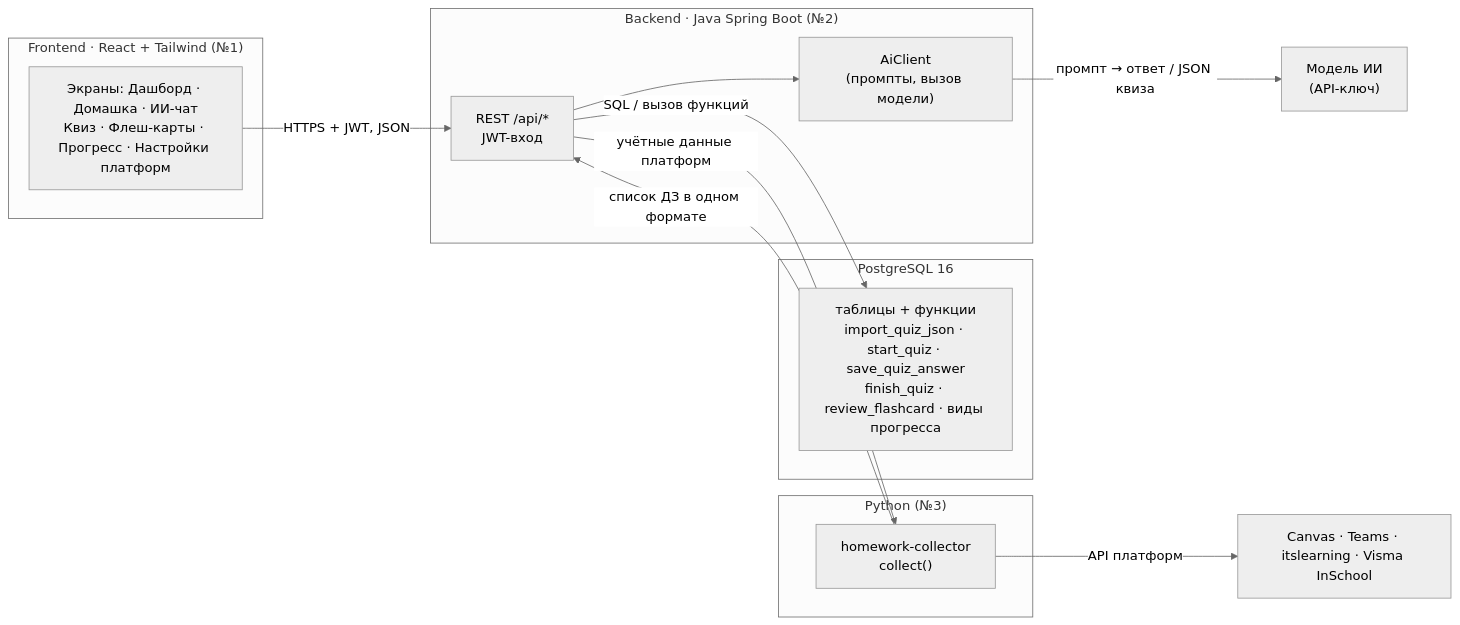
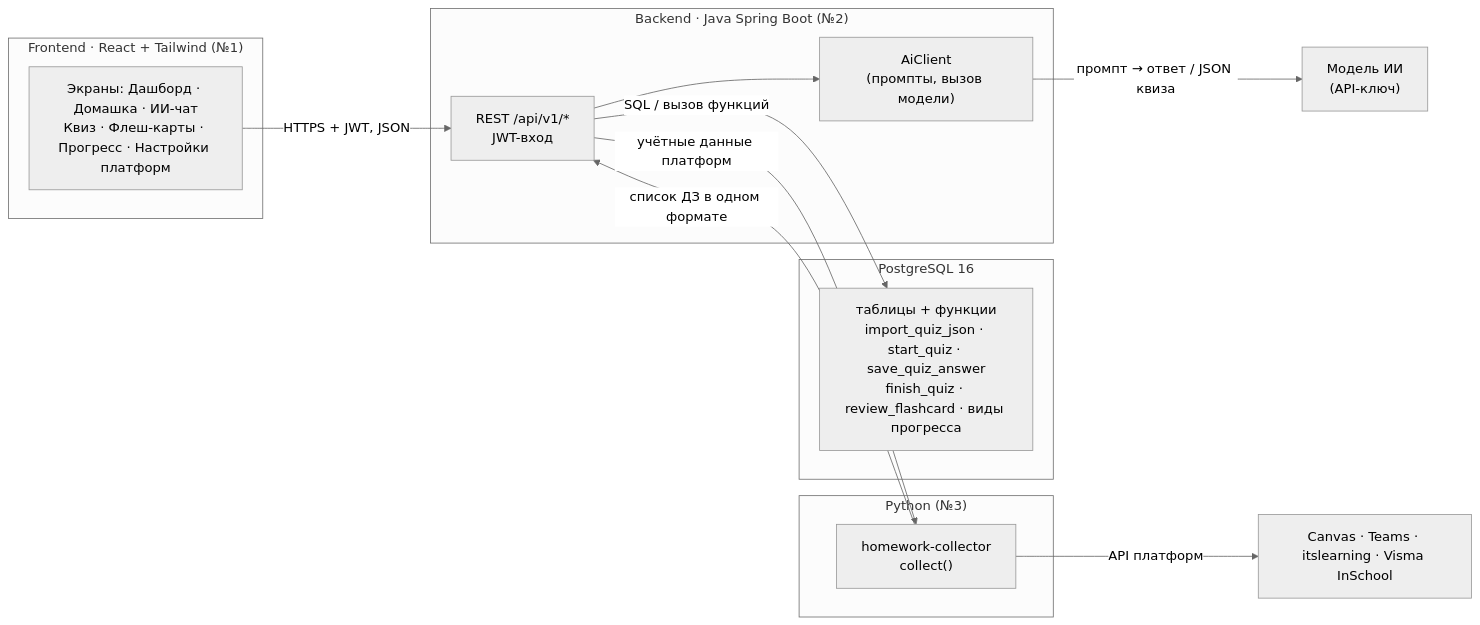
The first of 8 diagrams in docs/ARCHITECTURE.md (two-bits1/LekseRadar), drawn with Mermaid (neutral theme) before and after one commit. The commit also changed other lines of this file, not shown here.

First line of the commit message:
docs: ARCHITECTURE — пути /api/v1 как в бэкенде, убраны устаревшие эндпоинты

````diff
--- a/docs/ARCHITECTURE.md
+++ b/docs/ARCHITECTURE.md
@@ -14,30 +14,30 @@
 ```mermaid
 flowchart LR
     subgraph FE["Frontend · React + Tailwind (№1)"]
         UI["Экраны: Дашборд · Домашка · ИИ-чат<br/>Квиз · Флеш-карты · Прогресс · Настройки платформ"]
     end
 
     subgraph BE["Backend · Java Spring Boot (№2)"]
-        API["REST /api/*<br/>JWT-вход"]
+        API["REST /api/v1/*<br/>JWT-вход"]
         AI["AiClient<br/>(промпты, вызов модели)"]
     end
 
     subgraph DB["PostgreSQL 16"]
         T["таблицы + функции<br/>import_quiz_json · start_quiz · save_quiz_answer<br/>finish_quiz · review_flashcard · виды прогресса"]
     end
 
     subgraph PY["Python (№3)"]
         HC["homework-collector<br/>collect()"]
     end
 
     LLM["Модель ИИ<br/>(API-ключ)"]
     PL["Canvas · Teams · itslearning · Visma InSchool"]
 
     UI -- "HTTPS + JWT, JSON" --> API
     API -- "SQL / вызов функций" --> T
     API --> AI
     AI -- "промпт → ответ / JSON квиза" --> LLM
     API -- "учётные данные платформ" --> HC
     HC -- "API платформ" --> PL
     HC -- "список ДЗ в одном формате" --> API
 ```
````
